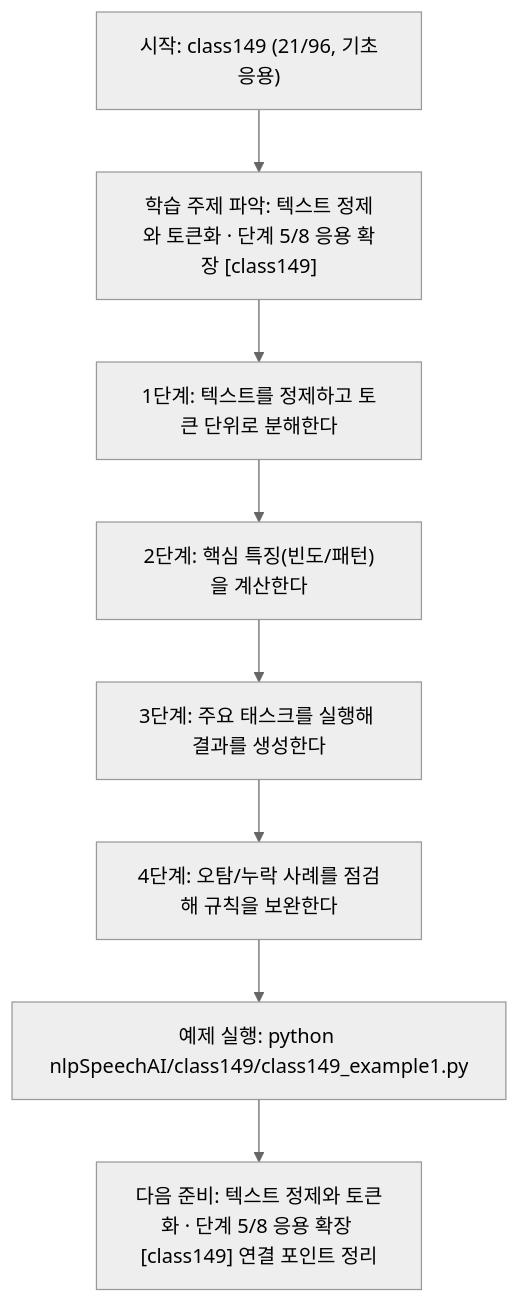
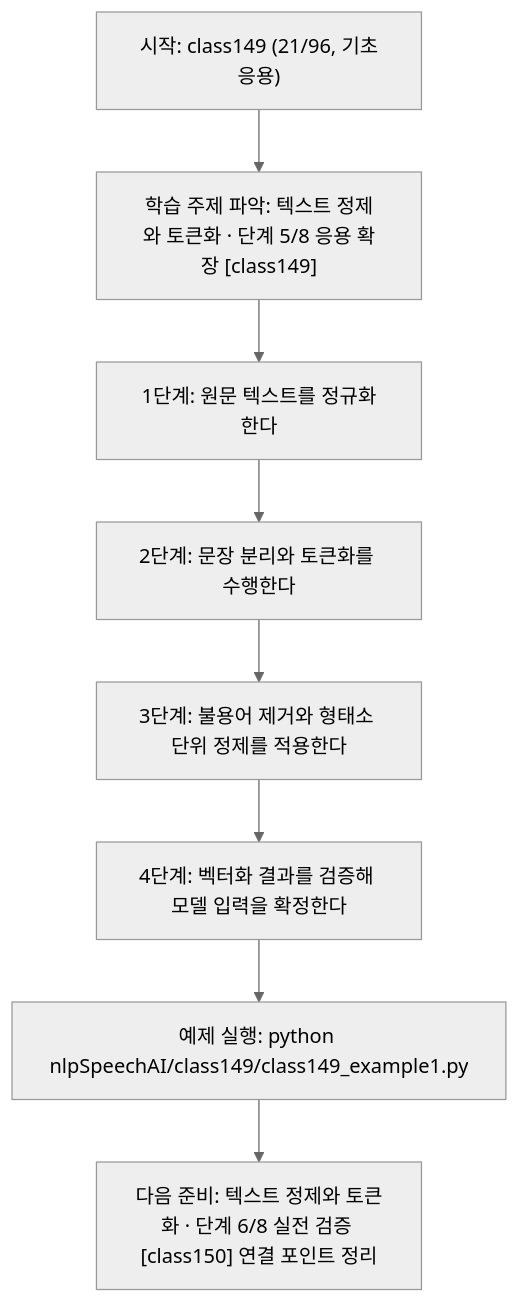
The diagram in nlpSpeechAI/class149/class149.md (edumgt/Python-AI_Agent-Class), drawn with Mermaid (neutral theme) before and after one commit. The commit also changed other lines of this file and 1122 other files, not shown here.

````diff
--- a/nlpSpeechAI/class149/class149.md
+++ b/nlpSpeechAI/class149/class149.md
@@ -114,18 +95,18 @@
 ```mermaid
 flowchart TD
 N1["시작: class149 (21/96, 기초응용)"]
 N2["학습 주제 파악: 텍스트 정제와 토큰화 · 단계 5/8 응용 확장 [class149]"]
-N3["1단계: 텍스트를 정제하고 토큰 단위로 분해한다"]
-N4["2단계: 핵심 특징(빈도/패턴)을 계산한다"]
-N5["3단계: 주요 태스크를 실행해 결과를 생성한다"]
-N6["4단계: 오탐/누락 사례를 점검해 규칙을 보완한다"]
+N3["1단계: 원문 텍스트를 정규화한다"]
+N4["2단계: 문장 분리와 토큰화를 수행한다"]
+N5["3단계: 불용어 제거와 형태소 단위 정제를 적용한다"]
+N6["4단계: 벡터화 결과를 검증해 모델 입력을 확정한다"]
 N7["예제 실행: python nlpSpeechAI/class149/class149_example1.py"]
-N8["다음 준비: 텍스트 정제와 토큰화 · 단계 5/8 응용 확장 [class149] 연결 포인트 정리"]
+N8["다음 준비: 텍스트 정제와 토큰화 · 단계 6/8 실전 검증 [class150] 연결 포인트 정리"]
 N1 --> N2
 N2 --> N3
 N3 --> N4
 N4 --> N5
 N5 --> N6
 N6 --> N7
 N7 --> N8
 ```
````
